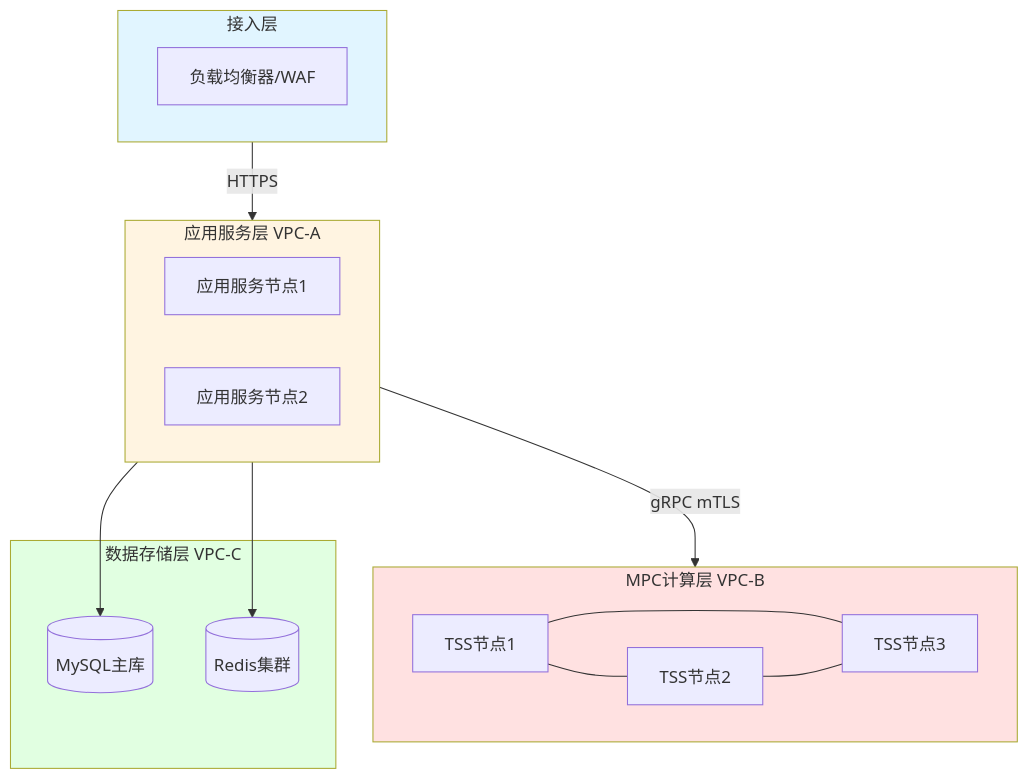
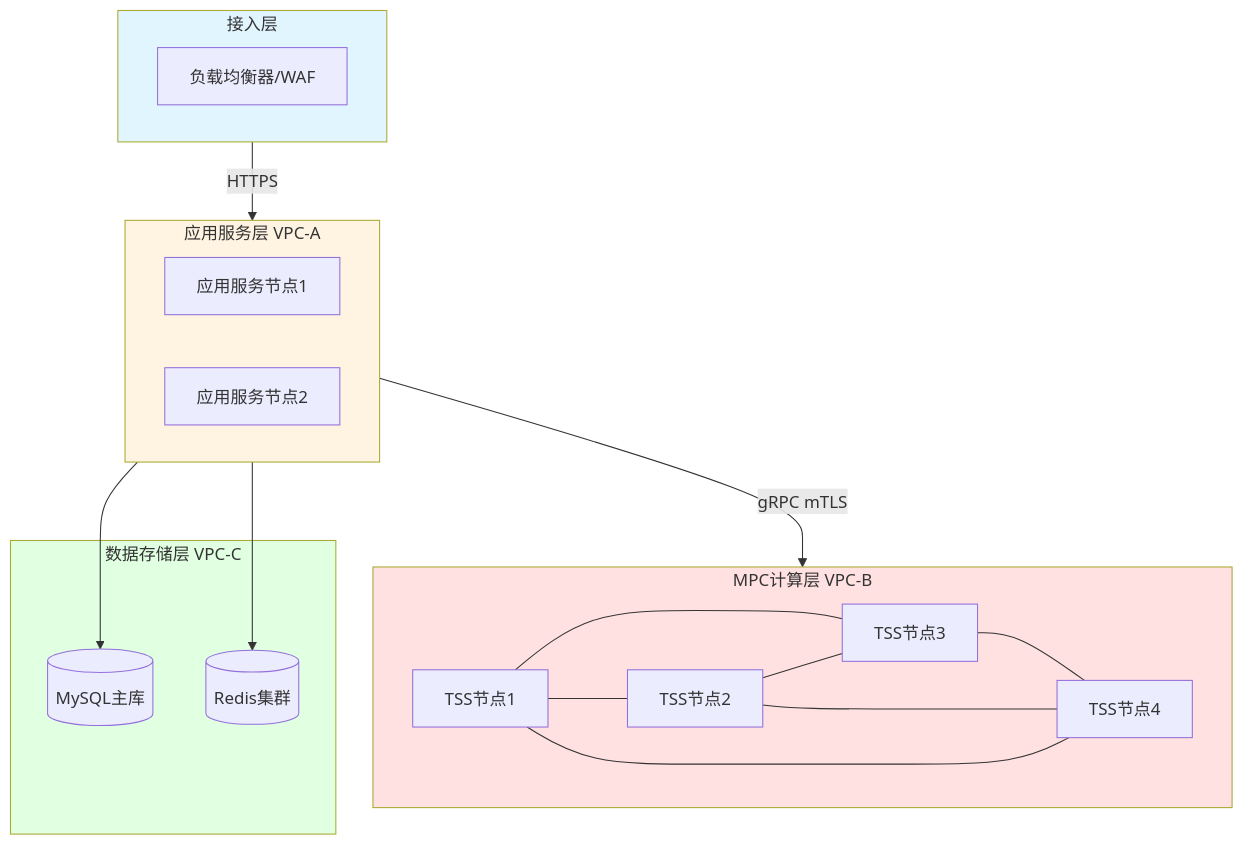
The second of 5 diagrams in 数字资产托管系统技术说明书.md (boluov/mydocs), drawn with Mermaid before and after one commit. The commit also changed other lines of this file and 2 other files, not shown here.

````diff
--- a/数字资产托管系统技术说明书.md
+++ b/数字资产托管系统技术说明书.md
@@ -104,35 +107,37 @@
 ```mermaid
 graph TB
     subgraph Public["接入层"]
         LB["负载均衡器/WAF"]
     end
     
     subgraph VPC_A["应用服务层 VPC-A"]
         direction LR
         Node1["应用服务节点1"]
         Node2["应用服务节点2"]
     end
     
     subgraph VPC_B["MPC计算层 VPC-B"]
         direction LR
         TSS1["TSS节点1"] --- TSS2["TSS节点2"]
-        TSS3["TSS节点3"]
+        TSS3["TSS节点3"] --- TSS4["TSS节点4"]
         TSS1 --- TSS3
+        TSS2 --- TSS4
+        TSS1 --- TSS4
         TSS2 --- TSS3
     end
     
     subgraph VPC_C["数据存储层 VPC-C"]
         MySQL[("MySQL主库")]
         Redis[("Redis集群")]
     end
     
     Public -->|HTTPS| VPC_A
     VPC_A -->|"gRPC mTLS"| VPC_B
     VPC_A --> MySQL
     VPC_A --> Redis
     
     style Public fill:#e1f5ff
     style VPC_A fill:#fff4e1
     style VPC_B fill:#ffe1e1
     style VPC_C fill:#e1ffe1
 ```
````
